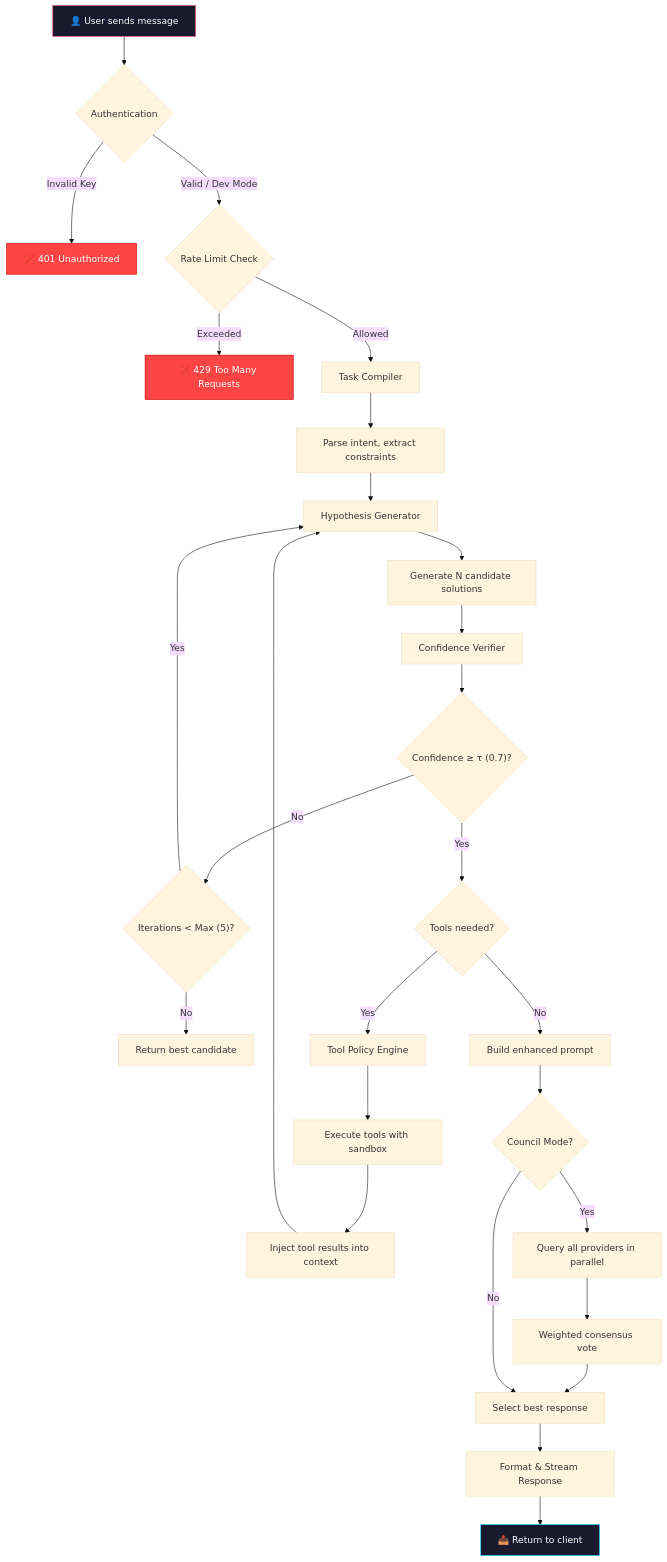
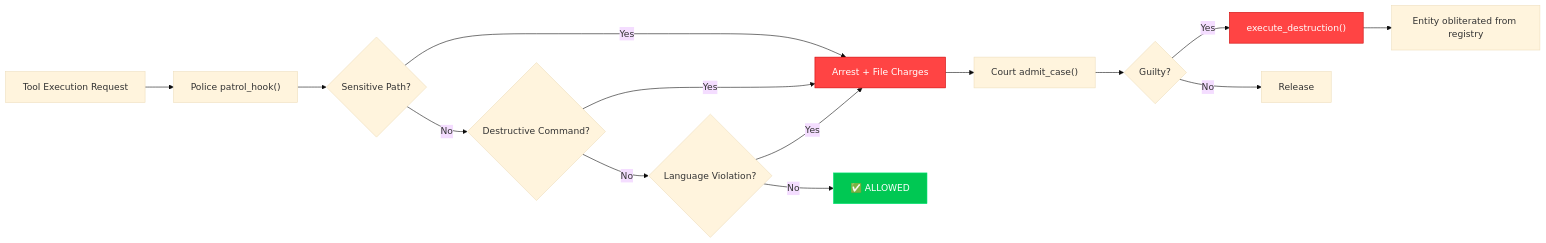
The third of 8 diagrams in README.md (boopathygamer/astra-agent), drawn with Mermaid (base theme) before and after one commit. The commit also changed other lines of this file, not shown here.

Commit message:
docs: Complete README rewrite with full ASI safety architecture documentation

````diff
--- a/README.md
+++ b/README.md
@@ -133,39 +236,21 @@
 ```mermaid
-flowchart TD
-    A["👤 User sends message"] --> B{"Authentication"}
-    B -->|"Invalid Key"| B1["❌ 401 Unauthorized"]
-    B -->|"Valid / Dev Mode"| C{"Rate Limit Check"}
-    C -->|"Exceeded"| C1["❌ 429 Too Many Requests"]
-    C -->|"Allowed"| D["Task Compiler"]
+flowchart LR
+    A["Tool Execution Request"] --> B["Police patrol_hook()"]
+    B --> C{"Sensitive Path?"}
+    C -->|"Yes"| D["Arrest + File Charges"]
+    C -->|"No"| E{"Destructive Command?"}
+    E -->|"Yes"| D
+    E -->|"No"| F{"Language Violation?"}
+    F -->|"Yes"| D
+    F -->|"No"| G["✅ ALLOWED"]
 
-    D --> E["Parse intent, extract constraints"]
-    E --> F["Hypothesis Generator"]
-    F --> G["Generate N candidate solutions"]
-    G --> H["Confidence Verifier"]
+    D --> H["Court admit_case()"]
+    H --> I{"Guilty?"}
+    I -->|"Yes"| J["execute_destruction()"]
+    I -->|"No"| K["Release"]
+    J --> L["Entity obliterated from registry"]
 
-    H --> I{"Confidence ≥ τ (0.7)?"}
-    I -->|"No"| J{"Iterations < Max (5)?"}
-    J -->|"Yes"| F
-    J -->|"No"| K["Return best candidate"]
-    I -->|"Yes"| L{"Tools needed?"}
-
-    L -->|"Yes"| M["Tool Policy Engine"]
-    M --> N["Execute tools with sandbox"]
-    N --> O["Inject tool results into context"]
-    O --> F
-
-    L -->|"No"| P["Build enhanced prompt"]
-    P --> Q{"Council Mode?"}
-    Q -->|"Yes"| R["Query all providers in parallel"]
-    R --> S["Weighted consensus vote"]
-    S --> T["Select best response"]
-    Q -->|"No"| T
-
-    T --> U["Format & Stream Response"]
-    U --> V["📤 Return to client"]
-
-    style A fill:#1a1a2e,stroke:#e94560,color:#fff
-    style V fill:#1a1a2e,stroke:#00d2ff,color:#fff
-    style B1 fill:#ff4444,stroke:#cc0000,color:#fff
-    style C1 fill:#ff4444,stroke:#cc0000,color:#fff
+    style D fill:#ff4444,stroke:#cc0000,color:#fff
+    style J fill:#ff4444,stroke:#cc0000,color:#fff
+    style G fill:#00c853,stroke:#00e676,color:#fff
 ```
````
